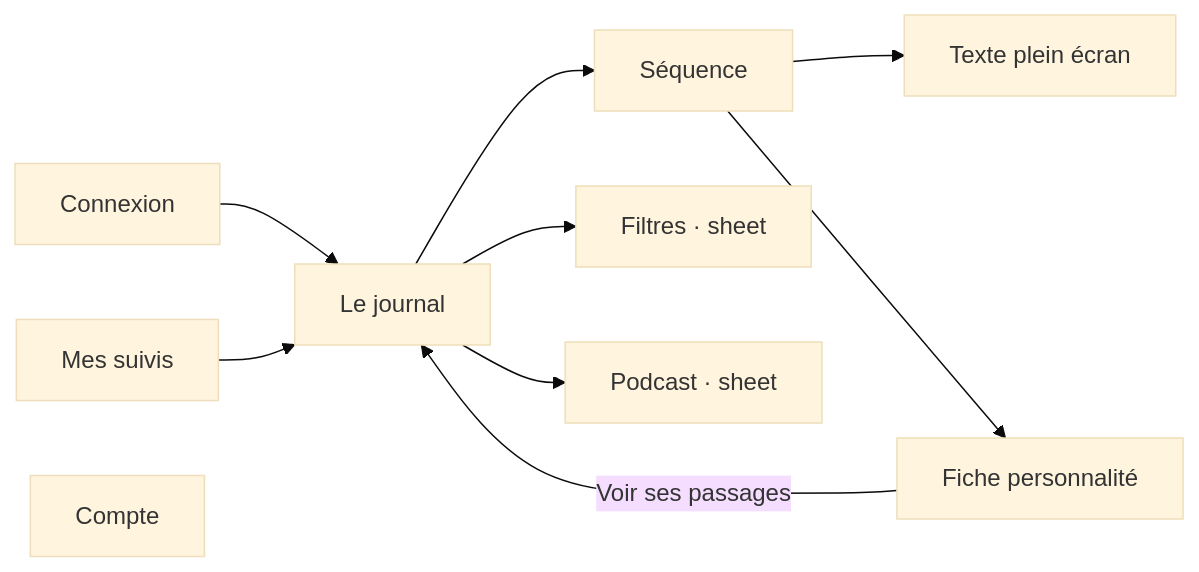
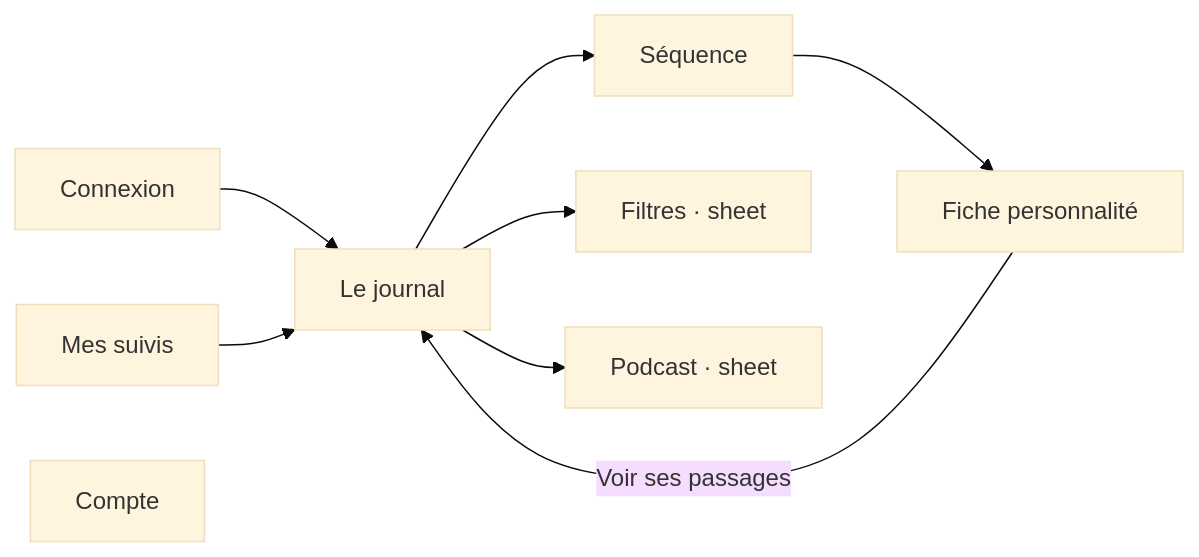
Before and after one commit to sutter/infometrie-ios-app: the diagram in aidd_docs/memory/navigation.md, drawn with Mermaid (base theme). The commit also changed 7 other files, not shown here.

````diff
--- a/aidd_docs/memory/navigation.md
+++ b/aidd_docs/memory/navigation.md
@@ -15,12 +15,11 @@
 ```mermaid
 flowchart LR
     Login["Connexion"] --> Feed["Le journal"]
     Feed --> Sequence["Séquence"]
-    Sequence --> Fullscreen["Texte plein écran"]
     Sequence --> Person["Fiche personnalité"]
     Person -->|Voir ses passages| Feed
     Feed --> Filters["Filtres · sheet"]
     Feed --> Podcast["Podcast · sheet"]
     Saved["Mes suivis"] --> Feed
     Account["Compte"]
 ```
````
